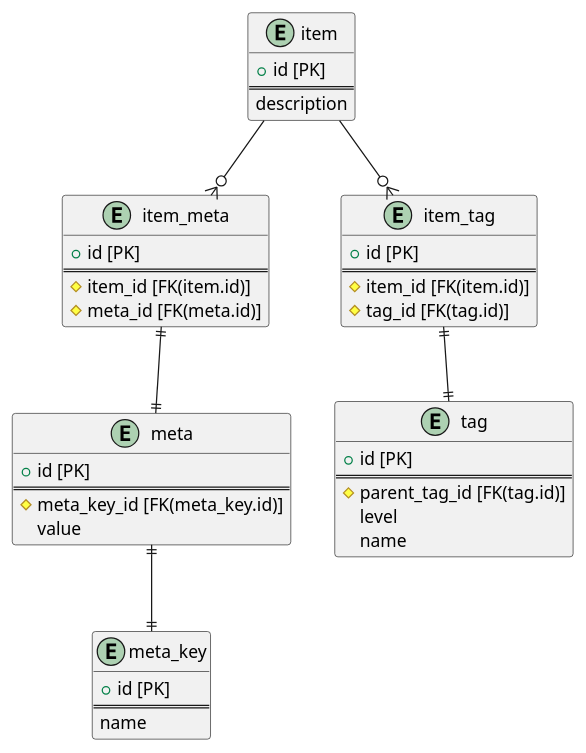
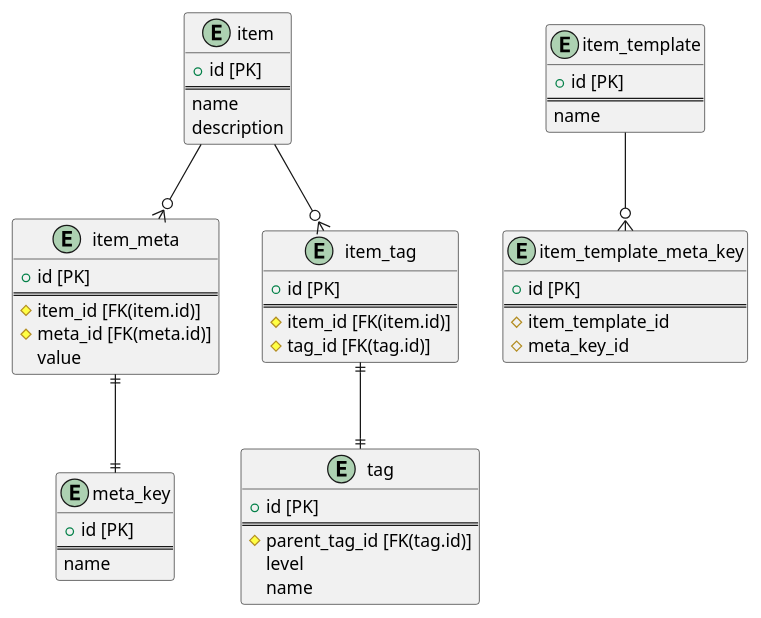
The diagram in docs/database.puml (ao2-y/data-tag-manager), drawn with PlantUML before and after one commit. The commit also changed 1 other file, not shown here.

```diff
--- a/docs/database.puml
+++ b/docs/database.puml
@@ -1,53 +1,90 @@
-@startuml erdiagram
+@startuml data_tag_manager
 
 entity "item" {
     + id [PK]
     ==
+    name
     description
 }
 
 entity "meta_key" {
     + id [PK]
     ==
     name
-}
-
-entity "meta" {
-    + id [PK]
-    ==
-    # meta_key_id [FK(meta_key.id)]
-    value
 }
 
 entity "tag" {
     + id [PK]
     ==
     # parent_tag_id [FK(tag.id)]
     level
     name
 }
 
 entity "item_meta" {
     + id [PK]
     ==
     # item_id [FK(item.id)]
     # meta_id [FK(meta.id)]
+    value
 }
 
 entity "item_tag" {
     + id [PK]
     ==
     # item_id [FK(item.id)]
     # tag_id [FK(tag.id)]
 }
 
+entity "item_template" {
+    + id [PK]
+    ==
+    name
+}
+
+entity "item_template_meta_key" {
+    + id [PK]
+    ==
+    # item_template_id
+    # meta_key_id
+}
+
 item --o{ item_tag
 item --o{ item_meta
 item_tag ||--|| tag
-item_meta ||--|| meta
-meta ||--|| meta_key
+item_meta ||--|| meta_key
+item_template --o{ item_template_meta_key
 
-' tag --o{ item_tag
+' 案2
+' entity "item_1" {
+'     + id [PK]
+'     ==
+'     # item_template_id 
+' }
+' entity "item_template" {
+'     + id [PK]
+'     ==
+'     name
+' }
+' entity "item_template_meta_key" {
+'     + id [PK]
+'     ==
+'     # item_template_id
+'     # meta_key_id
+
+' }
+' entity "meta_key_2" {
+'     + id [PK]
+'     ==
+'     name
+' }
+
+' item_1 --o{ item_template
+' item_template --o{ item_template_meta_key
+' item_template_meta_key --o{ meta_key_2
+
+
+
 
 
 @enduml
```
